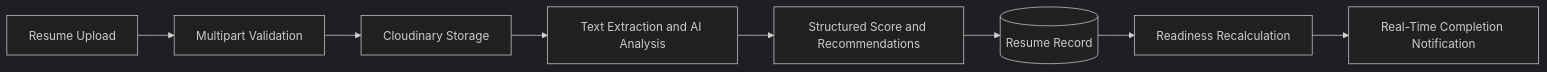
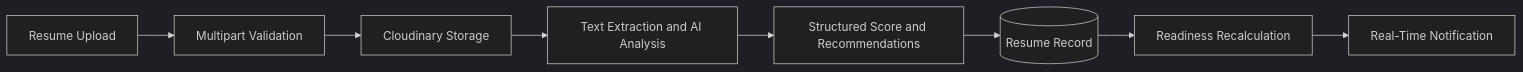
Before and after one commit to aryancodes12-bit/PlacementOS: the tenth of 13 diagrams in README.md, drawn with Mermaid (dark theme). The commit also changed other lines of this file, not shown here.

````diff
--- a/README.md
+++ b/README.md
@@ -529,10 +305,5 @@
 ```mermaid
 flowchart LR
-    UPLOAD[Resume Upload] --> VALIDATE[Multipart Validation]
-    VALIDATE --> STORAGE[Cloudinary Storage]
-    STORAGE --> ANALYZE[Text Extraction and AI Analysis]
-    ANALYZE --> RESULT[Structured Score and Recommendations]
-    RESULT --> DB[(Resume Record)]
-    DB --> READINESS[Readiness Recalculation]
-    READINESS --> NOTIFY[Real-Time Completion Notification]
+    UPLOAD[Resume Upload] --> VALIDATE[Multipart Validation] --> STORAGE[Cloudinary Storage] --> ANALYZE[Text Extraction and AI Analysis]
+    ANALYZE --> RESULT[Structured Score and Recommendations] --> DB[(Resume Record)] --> READINESS[Readiness Recalculation] --> NOTIFY[Real-Time Notification]
 ```
````
